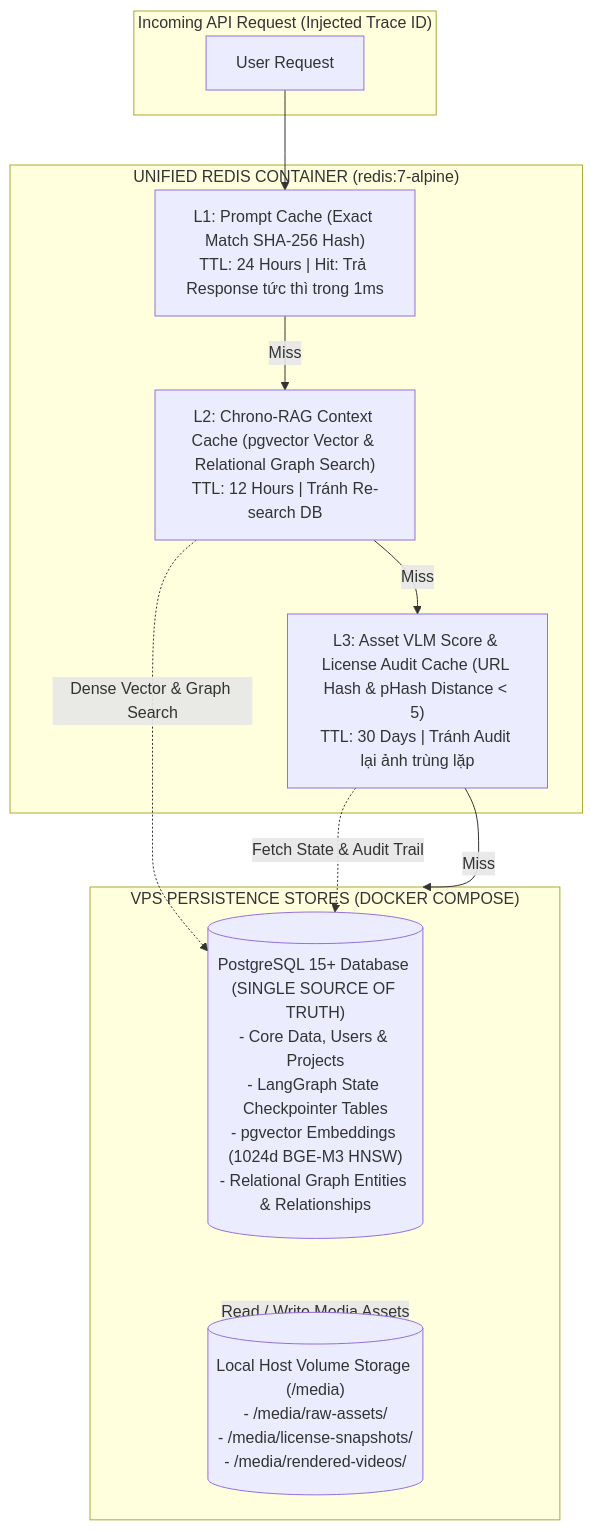
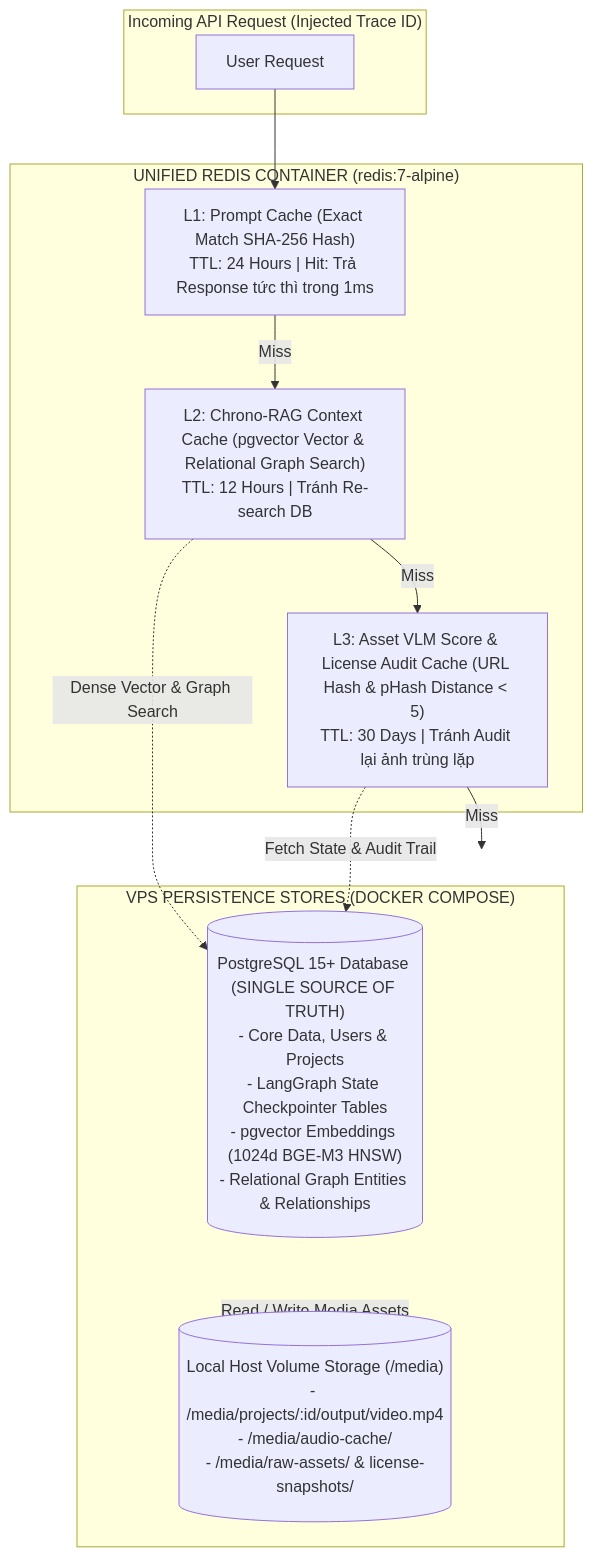
The third of 6 diagrams in docs/architecture/CHRONOVIET_ARCHITECTURE_DIAGRAMS.md (TCTri205/ChronoViet), drawn with Mermaid before and after one commit. The commit also changed other lines of this file and 155 other files, not shown here.

````diff
--- a/docs/architecture/CHRONOVIET_ARCHITECTURE_DIAGRAMS.md
+++ b/docs/architecture/CHRONOVIET_ARCHITECTURE_DIAGRAMS.md
@@ -158,26 +160,26 @@
 ```mermaid
 flowchart TD
     subgraph ClientReq["Incoming API Request (Injected Trace ID)"]
         Req["User Request"]
     end
 
     subgraph RedisCacheLayer["UNIFIED REDIS CONTAINER (redis:7-alpine)"]
         L1Cache["L1: Prompt Cache (Exact Match SHA-256 Hash)\nTTL: 24 Hours | Hit: Trả Response tức thì trong 1ms"]
         L2Cache["L2: Chrono-RAG Context Cache (pgvector Vector & Relational Graph Search)\nTTL: 12 Hours | Tránh Re-search DB"]
         L3Cache["L3: Asset VLM Score & License Audit Cache (URL Hash & pHash Distance < 5)\nTTL: 30 Days | Tránh Audit lại ảnh trùng lặp"]
     end
 
     subgraph PolyglotStores["VPS PERSISTENCE STORES (DOCKER COMPOSE)"]
         PostgreSQL[("PostgreSQL 15+ Database (SINGLE SOURCE OF TRUTH)\n- Core Data, Users & Projects\n- LangGraph State Checkpointer Tables\n- pgvector Embeddings (1024d BGE-M3 HNSW)\n- Relational Graph Entities & Relationships")]
-        MediaStorage[("Local Host Volume Storage (/media)\n- /media/raw-assets/\n- /media/license-snapshots/\n- /media/rendered-videos/")]
+        MediaStorage[("Local Host Volume Storage (/media)\n- /media/projects/:id/output/video.mp4\n- /media/audio-cache/\n- /media/raw-assets/ & license-snapshots/")]
     end
 
     Req --> L1Cache
     L1Cache -- Miss --> L2Cache
     L2Cache -- Miss --> L3Cache
     L3Cache -- Miss --> PolyglotStores
 
-    L2Cache -. Dense Vector & Graph Search .-> PostgreSQL
-    L3Cache -. Fetch State & Audit Trail .-> PostgreSQL
-    PolyglotStores -. Read / Write Media Assets .-> MediaStorage
+    L2Cache -.->|"Dense Vector & Graph Search"| PostgreSQL
+    L3Cache -.->|"Fetch State & Audit Trail"| PostgreSQL
+    PolyglotStores -.->|"Read / Write Media Assets"| MediaStorage
 ```
````
